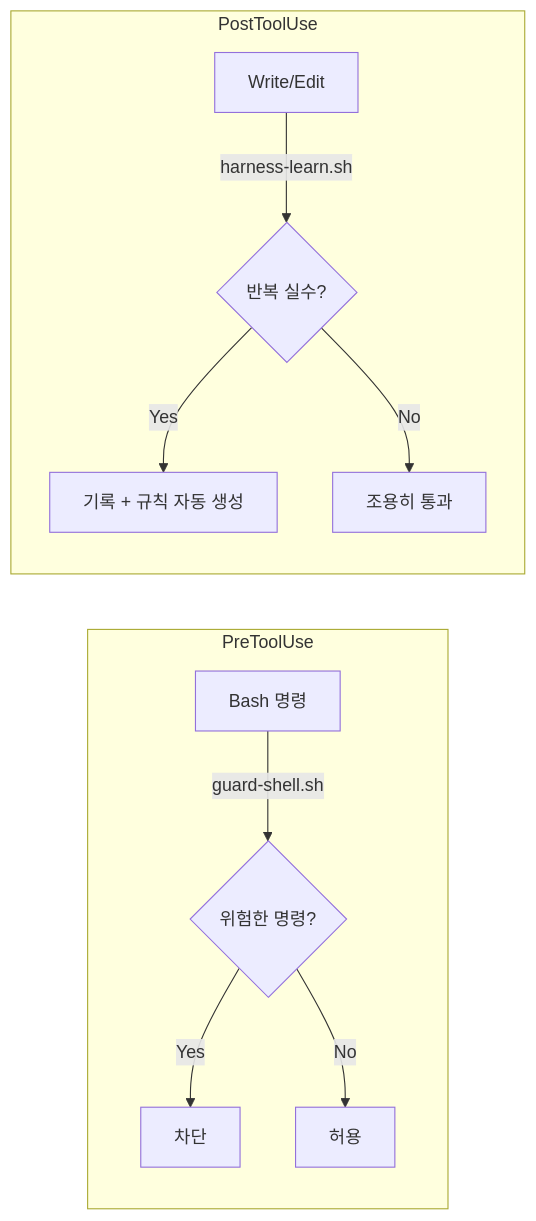
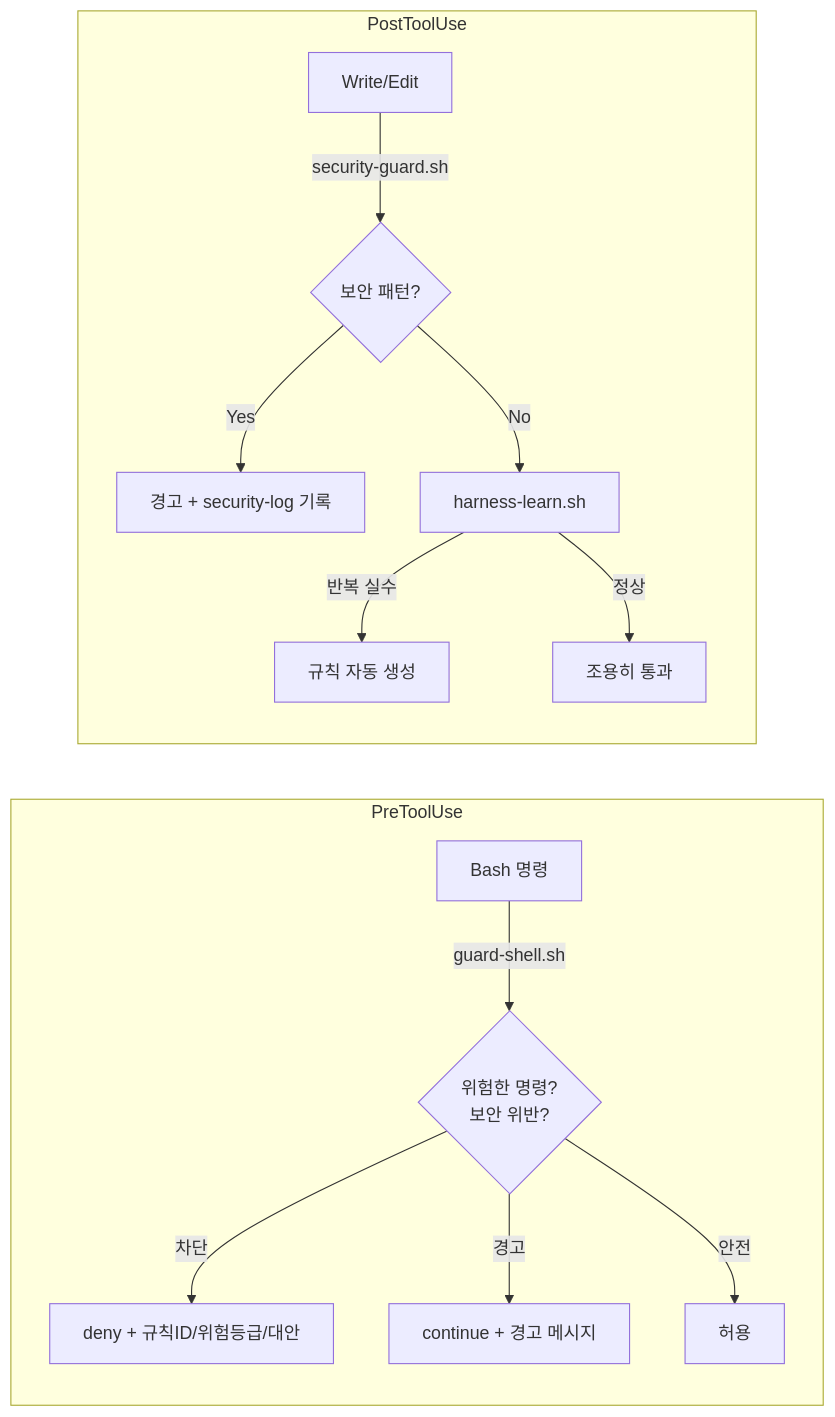
One commit to Jimmy-Jung/ai-symbiote changed the second of 6 diagrams in README.md. Above: the diagram before and after it, drawn with Mermaid. The commit also changed other lines of this file and 3 other files, not shown here.

````diff
--- a/README.md
+++ b/README.md
@@ -51,13 +52,16 @@
 ```mermaid
 flowchart LR
     subgraph PreToolUse
-        A["Bash 명령"] -->|guard-shell.sh| B{"위험한 명령?"}
-        B -->|"Yes"| C["차단"]
-        B -->|"No"| D["허용"]
+        A["Bash 명령"] -->|guard-shell.sh| B{"위험한 명령?<br/>보안 위반?"}
+        B -->|"차단"| C["deny + 규칙ID/위험등급/대안"]
+        B -->|"경고"| C2["continue + 경고 메시지"]
+        B -->|"안전"| D["허용"]
     end
     subgraph PostToolUse
-        E["Write/Edit"] -->|harness-learn.sh| F{"반복 실수?"}
-        F -->|"Yes"| G["기록 + 규칙 자동 생성"]
-        F -->|"No"| H["조용히 통과"]
+        E["Write/Edit"] -->|security-guard.sh| E2{"보안 패턴?"}
+        E2 -->|"Yes"| E3["경고 + security-log 기록"]
+        E2 -->|"No"| F2["harness-learn.sh"]
+        F2 -->|"반복 실수"| G["규칙 자동 생성"]
+        F2 -->|"정상"| H["조용히 통과"]
     end
 ```
````
